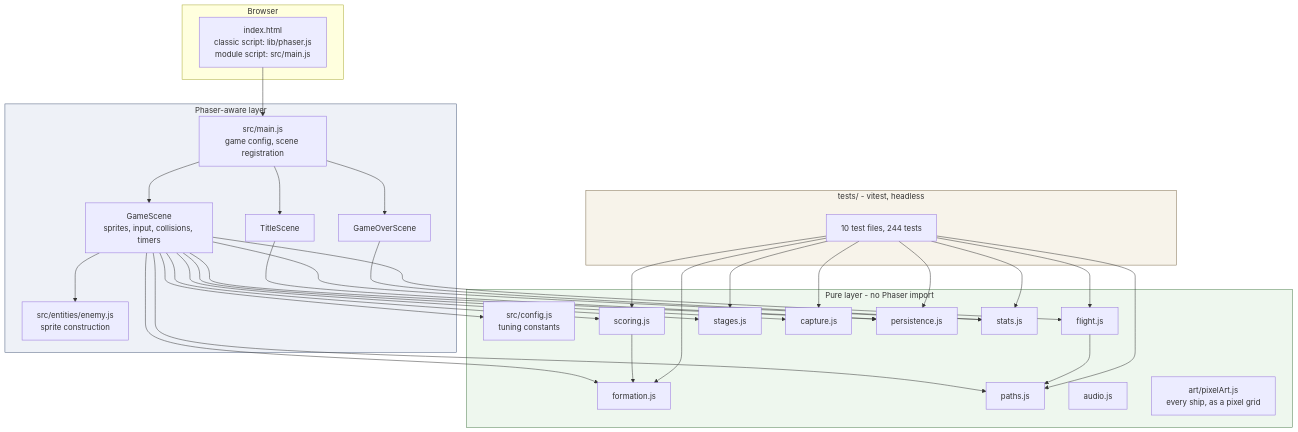
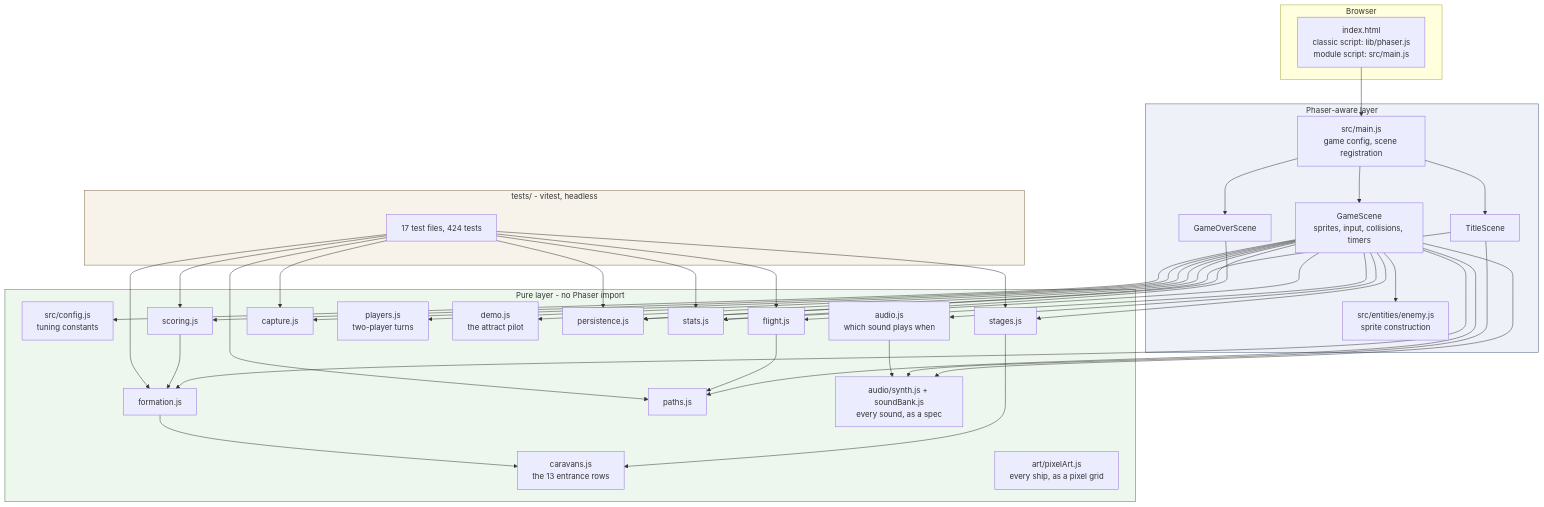
The first of 3 diagrams in docs/ARCHITECTURE.md (jdardash/alien-escape), drawn with Mermaid before and after one commit. The commit also changed other lines of this file and 65 other files, not shown here.

````diff
--- a/docs/ARCHITECTURE.md
+++ b/docs/ARCHITECTURE.md
@@ -7,64 +7,76 @@
 ```mermaid
 graph TD
     subgraph browser["Browser"]
         HTML["index.html<br/>classic script: lib/phaser.js<br/>module script: src/main.js"]
     end
 
     subgraph phaser["Phaser-aware layer"]
         MAIN["src/main.js<br/>game config, scene registration"]
         TITLE["TitleScene"]
         GAME["GameScene<br/>sprites, input, collisions, timers"]
         OVER["GameOverScene"]
         ENT["src/entities/enemy.js<br/>sprite construction"]
     end
 
     subgraph pure["Pure layer - no Phaser import"]
         CFG["src/config.js<br/>tuning constants"]
         FORM["formation.js"]
+        CARAVAN["caravans.js<br/>the 13 entrance rows"]
         PATHS["paths.js"]
         FLIGHT["flight.js"]
         SCORE["scoring.js"]
         STAGE["stages.js"]
         CAP["capture.js"]
+        PLAY["players.js<br/>two-player turns"]
+        DEMO["demo.js<br/>the attract pilot"]
         PERS["persistence.js"]
         STATS["stats.js"]
-        AUDIO["audio.js"]
+        AUDIO["audio.js<br/>which sound plays when"]
         ART["art/pixelArt.js<br/>every ship, as a pixel grid"]
+        SYNTH["audio/synth.js + soundBank.js<br/>every sound, as a spec"]
     end
 
     subgraph tests["tests/ - vitest, headless"]
-        T["10 test files, 244 tests"]
+        T["17 test files, 424 tests"]
     end
 
     HTML --> MAIN
     MAIN --> TITLE
     MAIN --> GAME
     MAIN --> OVER
     GAME --> ENT
     GAME --> CFG
     GAME --> FORM
     GAME --> PATHS
     GAME --> FLIGHT
     GAME --> SCORE
     GAME --> STAGE
     GAME --> CAP
+    GAME --> PLAY
+    GAME --> DEMO
     GAME --> PERS
     GAME --> STATS
+    GAME --> AUDIO
+    GAME --> SYNTH
     TITLE --> PERS
+    TITLE --> SYNTH
     OVER --> STATS
     FLIGHT --> PATHS
     SCORE --> FORM
+    STAGE --> CARAVAN
+    FORM --> CARAVAN
+    AUDIO --> SYNTH
 
     T --> FORM
     T --> PATHS
     T --> FLIGHT
     T --> SCORE
     T --> STAGE
     T --> CAP
     T --> PERS
     T --> STATS
 
     style pure fill:#eef7ee,stroke:#4a7c4a
     style phaser fill:#eef1f7,stroke:#4a5c7c
     style tests fill:#f7f3ea,stroke:#7c6a4a
 ```
````
